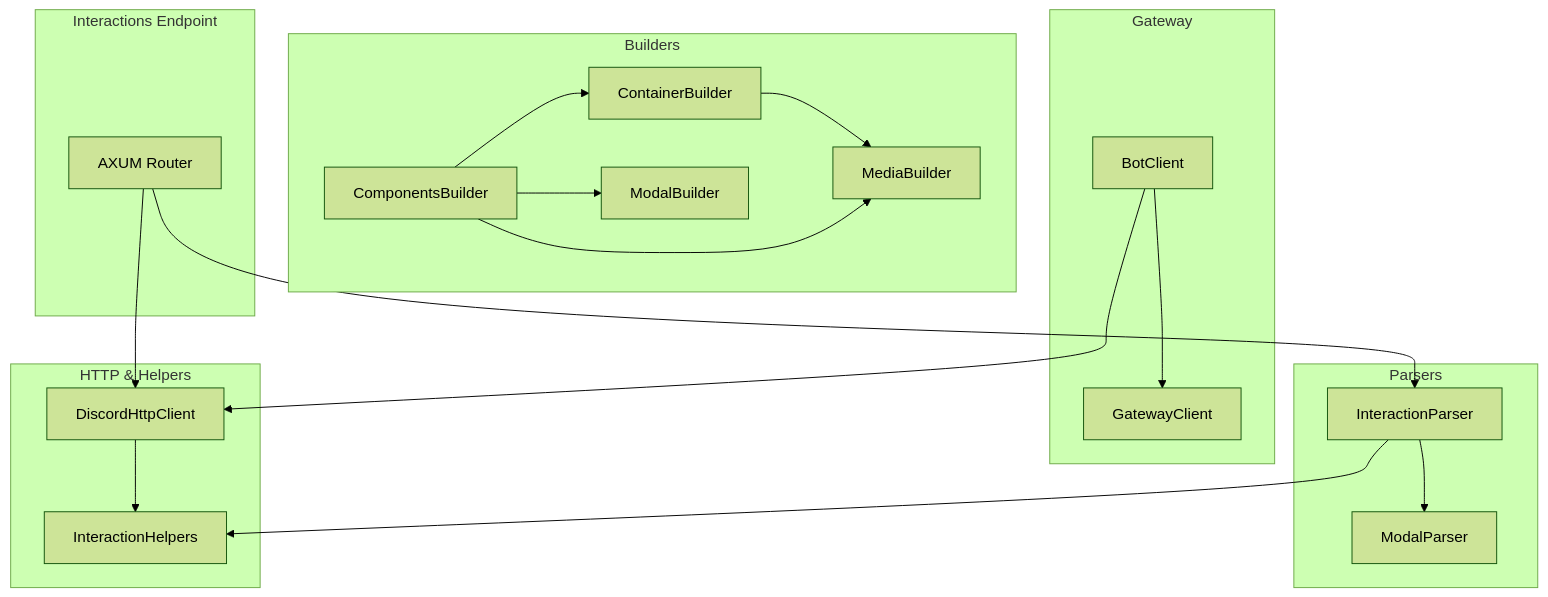
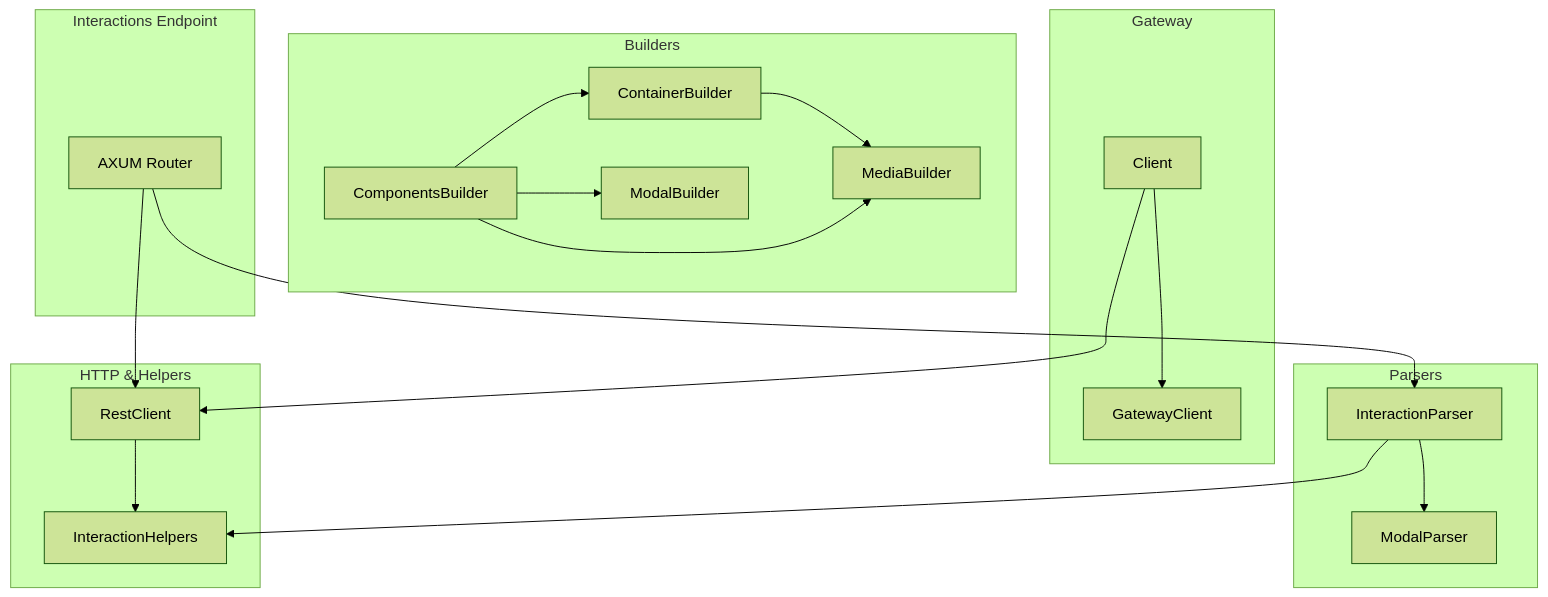
One commit to Ingwannu/discord.rs changed the diagram in discordrsdocs/custom.md. Above: the diagram before and after it, drawn with Mermaid (forest theme). The commit also changed other lines of this file and 27 other files, not shown here.

````diff
--- a/discordrsdocs/custom.md
+++ b/discordrsdocs/custom.md
@@ -17,40 +17,40 @@
 ```mermaid
 flowchart TB
   subgraph BuildersModule [Builders]
     comps[ComponentsBuilder]
     cont[ContainerBuilder]
     media[MediaBuilder]
     modal[ModalBuilder]
     comps --> cont
     cont --> media
     comps --> media
     comps --> modal
   end
 
   subgraph GatewayModule [Gateway]
-    bot[BotClient]
+    bot[Client]
     gw[GatewayClient]
     bot --> gw
   end
 
   subgraph ParsersModule [Parsers]
     pi[InteractionParser]
     pm[ModalParser]
     pi --> pm
   end
 
   subgraph HttpHelpers [HTTP & Helpers]
-    http[DiscordHttpClient]
+    http[RestClient]
     hlp[InteractionHelpers]
     http --> hlp
   end
 
   subgraph InteractionsEndpoint [Interactions Endpoint]
     ep[AXUM Router]
     ep --> http
     ep --> pi
   end
 
   bot --> http
   pi --> hlp
 ```
````
